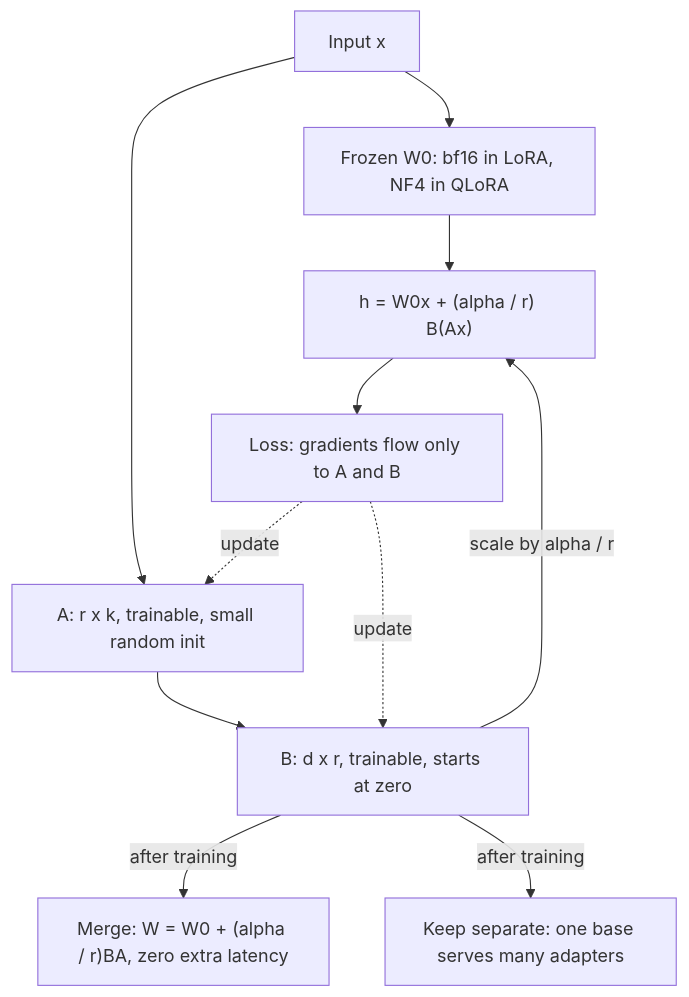
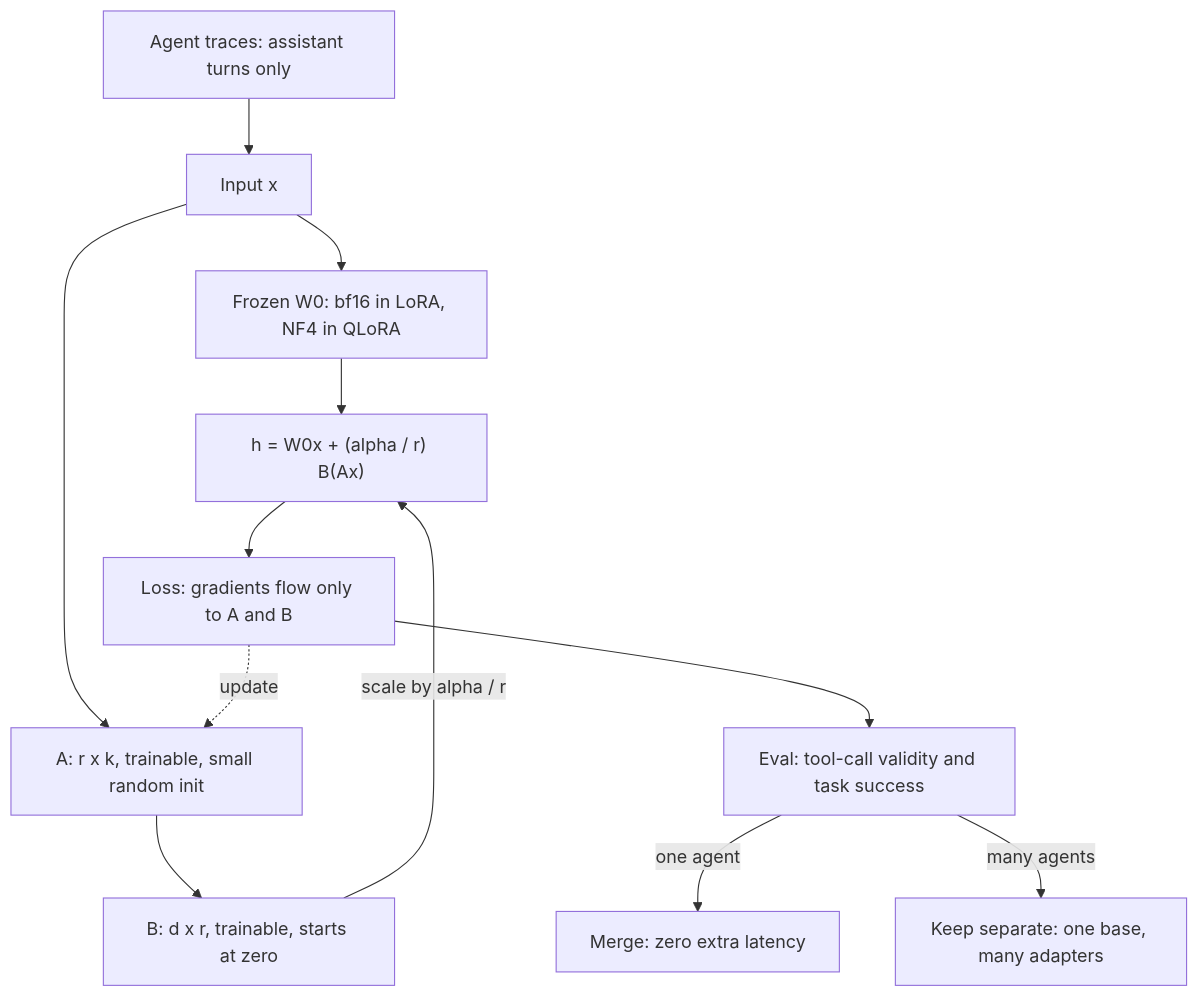
Before and after one commit to lovishmahajan97/agentic-learning: the diagram in content/training-adaptation/peft.md, drawn with Mermaid. The commit also changed other lines of this file and 266 other files, not shown here.

````diff
--- a/content/training-adaptation/peft.md
+++ b/content/training-adaptation/peft.md
@@ -149,13 +161,14 @@
 ```mermaid
 flowchart TD
-    X["Input x"] --> W["Frozen W0: bf16 in LoRA, NF4 in QLoRA"]
+    T["Agent traces: assistant turns only"] --> X["Input x"]
+    X --> W["Frozen W0: bf16 in LoRA, NF4 in QLoRA"]
     X --> A["A: r x k, trainable, small random init"]
     A --> B["B: d x r, trainable, starts at zero"]
     W --> S["h = W0x + (alpha / r) B(Ax)"]
     B -->|"scale by alpha / r"| S
     S --> L["Loss: gradients flow only to A and B"]
     L -.->|"update"| A
-    L -.->|"update"| B
-    B -->|"after training"| M["Merge: W = W0 + (alpha / r)BA, zero extra latency"]
-    B -->|"after training"| K["Keep separate: one base serves many adapters"]
+    L --> E["Eval: tool-call validity and task success"]
+    E -->|"one agent"| M["Merge: zero extra latency"]
+    E -->|"many agents"| K["Keep separate: one base, many adapters"]
 ```
````
